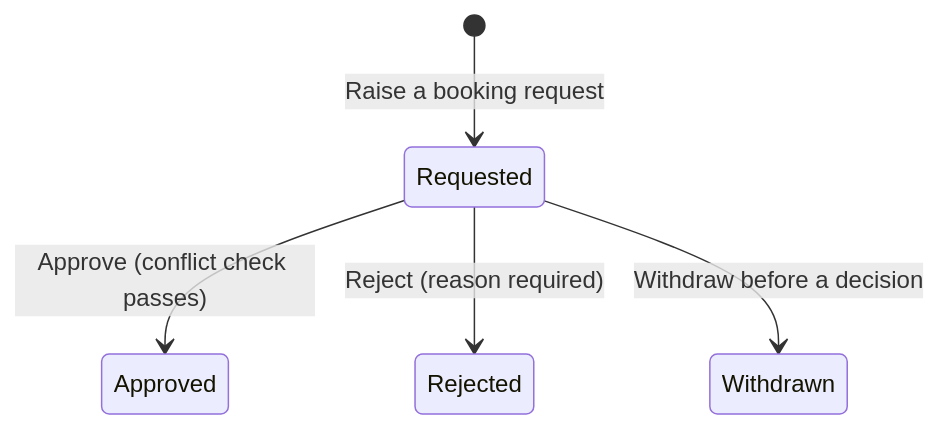
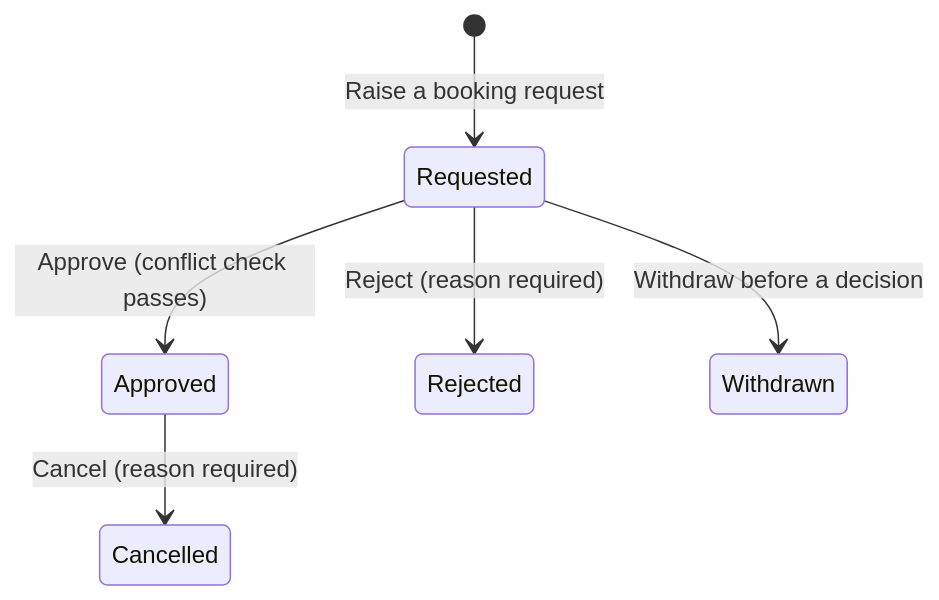
Before and after one commit to darrentiang/IS212-G5-T1: the second of 6 diagrams in docs/design/state-model.md, drawn with Mermaid. The commit also changed other lines of this file and 22 other files, not shown here.

````diff
--- a/docs/design/state-model.md
+++ b/docs/design/state-model.md
@@ -83,7 +87,8 @@
 ```mermaid
 stateDiagram-v2
     [*] --> Requested: Raise a booking request
     Requested --> Approved: Approve (conflict check passes)
     Requested --> Rejected: Reject (reason required)
     Requested --> Withdrawn: Withdraw before a decision
+    Approved --> Cancelled: Cancel (reason required)
 ```
````
